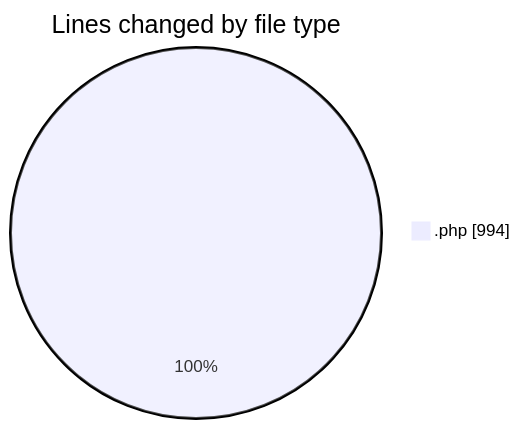
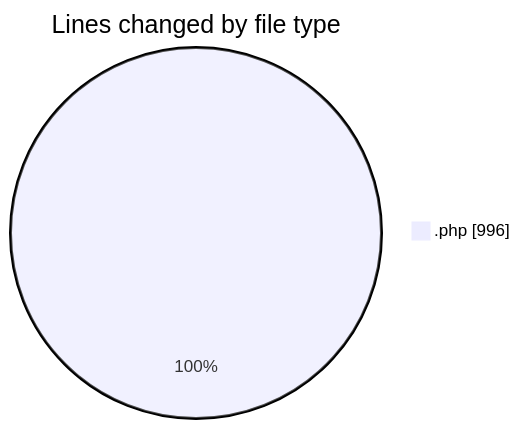
Before and after one commit to LanceThiago/code-tracking: the first of 2 diagrams in 2025-01-14/oficina/README.md, drawn with Mermaid. The commit also changed other lines of this file and 1 other file, not shown here.

````diff
--- a/2025-01-14/oficina/README.md
+++ b/2025-01-14/oficina/README.md
@@ -23,5 +23,5 @@
 ```mermaid
 pie showData
 title Lines changed by file type
-".php" : 994
+".php" : 996
 ```
````
